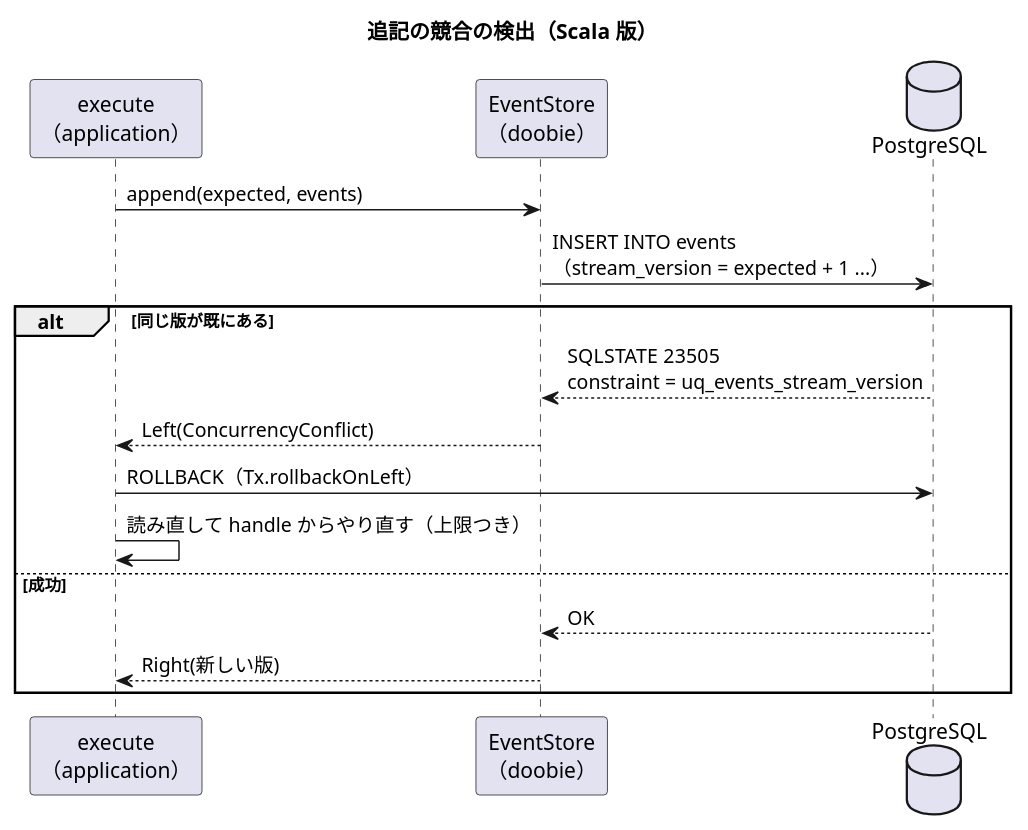
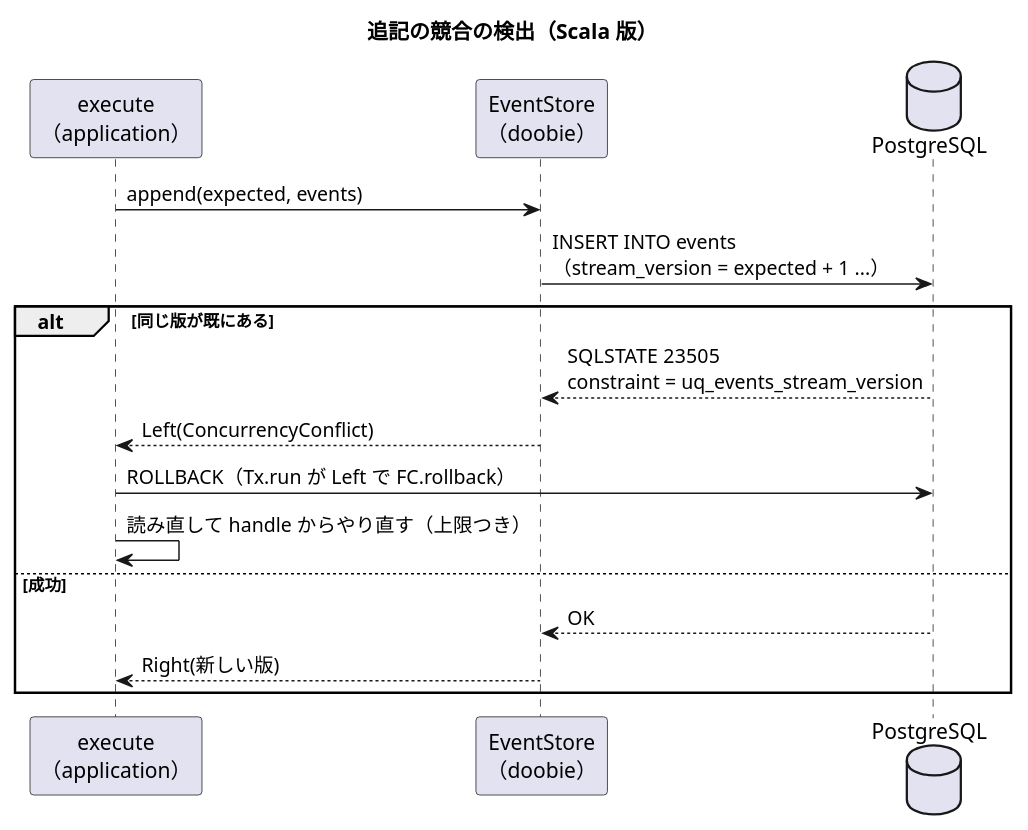
Before and after one commit to k2works/case-study-beer-game-simulation: the second of 2 diagrams in docs/design/beer-game-scala/data-model.md, drawn with PlantUML. The commit also changed other lines of this file and 14 other files, not shown here.

````diff
--- a/docs/design/beer-game-scala/data-model.md
+++ b/docs/design/beer-game-scala/data-model.md
@@ -171,20 +172,20 @@
 ```plantuml
 @startuml
 title 追記の競合の検出（Scala 版）
 participant "execute\n（application）" as X
 participant "EventStore\n（doobie）" as ES
 database "PostgreSQL" as DB
 
 X -> ES : append(expected, events)
 ES -> DB : INSERT INTO events\n（stream_version = expected + 1 ...）
 alt 同じ版が既にある
   DB --> ES : SQLSTATE 23505\nconstraint = uq_events_stream_version
   ES --> X : Left(ConcurrencyConflict)
-  X -> DB : ROLLBACK（Tx.rollbackOnLeft）
+  X -> DB : ROLLBACK（Tx.run が Left で FC.rollback）
   X -> X : 読み直して handle からやり直す（上限つき）
 else 成功
   DB --> ES : OK
   ES --> X : Right(新しい版)
 end
 @enduml
 ```
````
